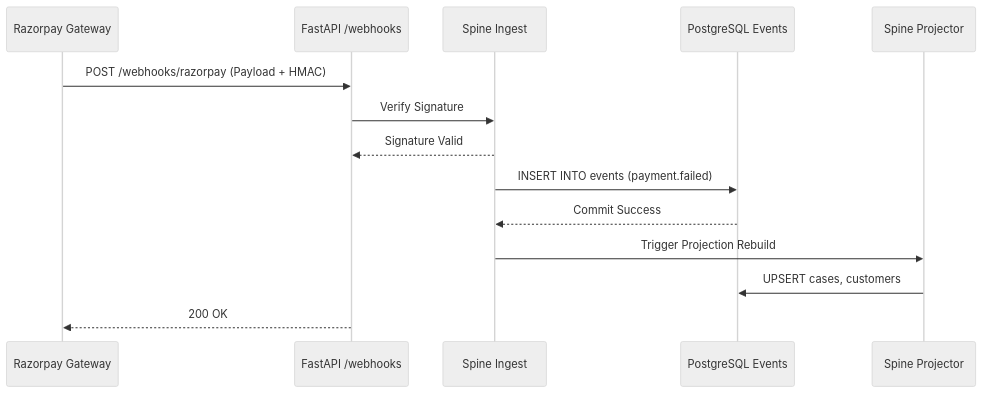
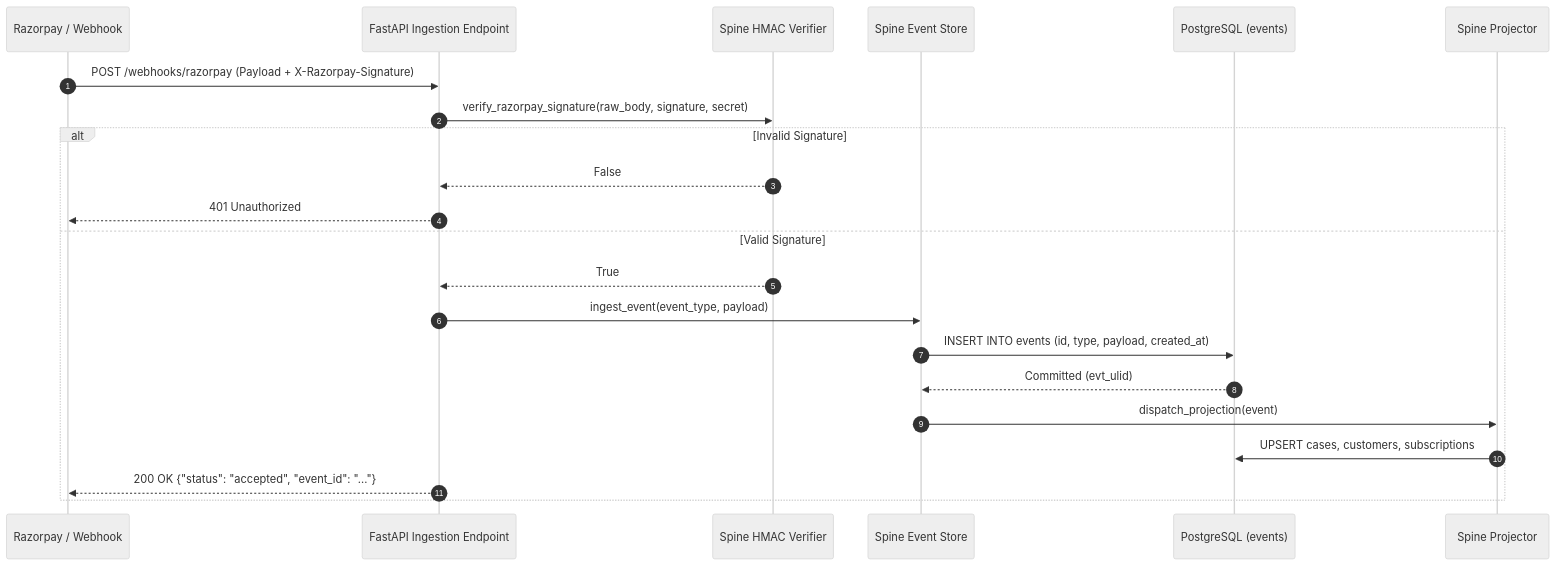
One commit to Bish311/SENTIO changed the second of 3 diagrams in architecture.md. Above: the diagram before and after it, drawn with Mermaid (neutral theme). The commit also changed other lines of this file and 1 other file, not shown here.

Commit message:
update public architecture and design documentation

````diff
--- a/architecture.md
+++ b/architecture.md
@@ -79,17 +88,25 @@
 ```mermaid
 sequenceDiagram
-    participant RZP as Razorpay Gateway
-    participant API as FastAPI /webhooks
-    participant SP as Spine Ingest
-    participant DB as PostgreSQL Events
-    participant PRJ as Spine Projector
-    
-    RZP->>API: POST /webhooks/razorpay (Payload + HMAC)
-    API->>SP: Verify Signature
-    SP-->>API: Signature Valid
-    SP->>DB: INSERT INTO events (payment.failed)
-    DB-->>SP: Commit Success
-    SP->>PRJ: Trigger Projection Rebuild
-    PRJ->>DB: UPSERT cases, customers
-    API-->>RZP: 200 OK
+    autonumber
+    participant Gateway as Razorpay / Webhook
+    participant API as FastAPI Ingestion Endpoint
+    participant Verify as Spine HMAC Verifier
+    participant Spine as Spine Event Store
+    participant DB as PostgreSQL (events)
+    participant Proj as Spine Projector
+
+    Gateway->>API: POST /webhooks/razorpay (Payload + X-Razorpay-Signature)
+    API->>Verify: verify_razorpay_signature(raw_body, signature, secret)
+    alt Invalid Signature
+        Verify-->>API: False
+        API-->>Gateway: 401 Unauthorized
+    else Valid Signature
+        Verify-->>API: True
+        API->>Spine: ingest_event(event_type, payload)
+        Spine->>DB: INSERT INTO events (id, type, payload, created_at)
+        DB-->>Spine: Committed (evt_ulid)
+        Spine->>Proj: dispatch_projection(event)
+        Proj->>DB: UPSERT cases, customers, subscriptions
+        API-->>Gateway: 200 OK {"status": "accepted", "event_id": "..."}
+    end
 ```
````
